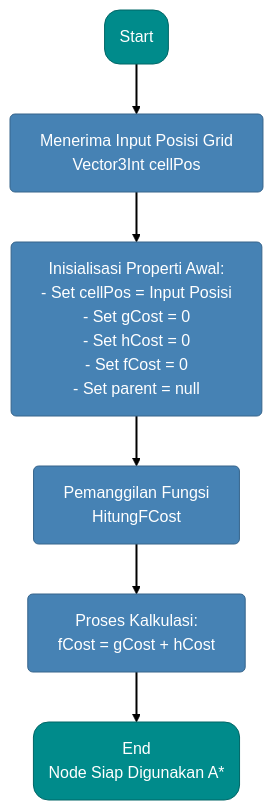
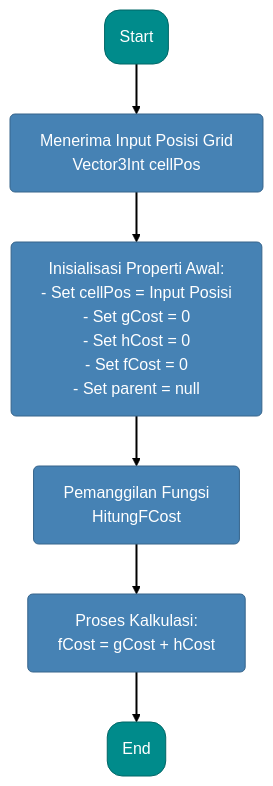
The diagram in Node.mermaid (farizirvansyah/Unity-Petualangan-Si-Kancil), drawn with Mermaid before and after one commit.

Commit message:
Simplify end node label in Node.mermaid

```diff
--- a/Node.mermaid
+++ b/Node.mermaid
@@ -1,18 +1,18 @@
 graph TD
     %% Definisi Node dan Style
     Start(Start):::tealStyle --> InitPos[Menerima Input Posisi Grid <br> Vector3Int cellPos]:::blueStyle
     
     InitPos --> InitProp[Inisialisasi Properti Awal: <br> - Set cellPos = Input Posisi <br> - Set gCost = 0 <br> - Set hCost = 0 <br> - Set fCost = 0 <br> - Set parent = null]:::blueStyle
     
     InitProp --> MethodCall[Pemanggilan Fungsi <br> HitungFCost]:::blueStyle
     
     MethodCall --> CalcProcess[Proses Kalkulasi: <br> fCost = gCost + hCost]:::blueStyle
     
-    CalcProcess --> End(End <br> Node Siap Digunakan A*):::tealStyle
+    CalcProcess --> End(End):::tealStyle
 
     %% Definisi Styling agar mirip dengan gambar Anda
     classDef tealStyle fill:#008B8B,stroke:#006666,color:white,rx:15,ry:15;
     classDef blueStyle fill:#4682B4,stroke:#36648B,color:white,rx:5,ry:5;
     
     %% Pengaturan Link agar siku-siku
     linkStyle default stroke-width:2px,fill:none,stroke:black;
```
